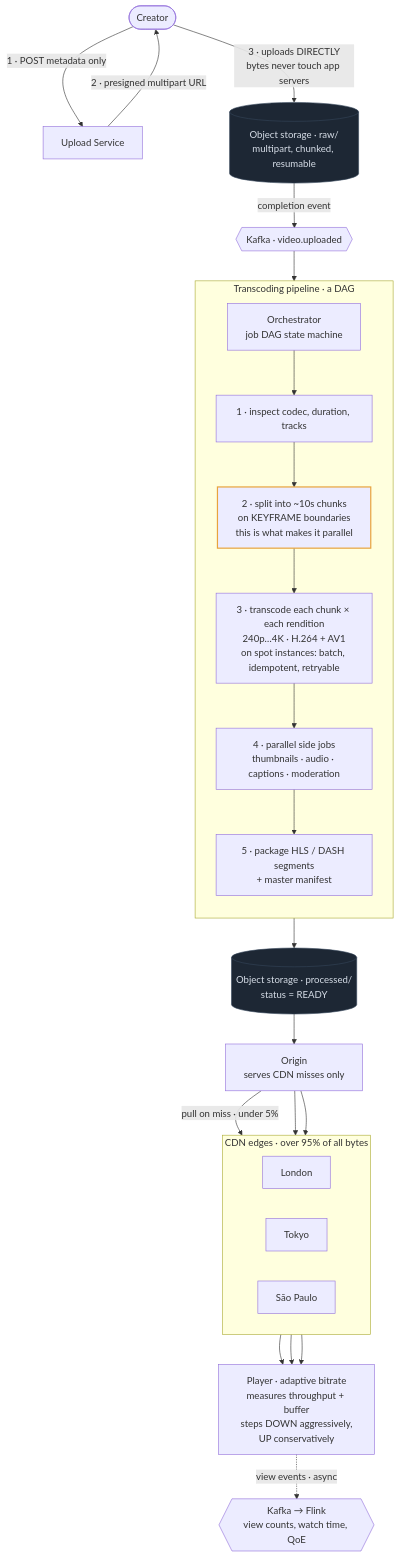
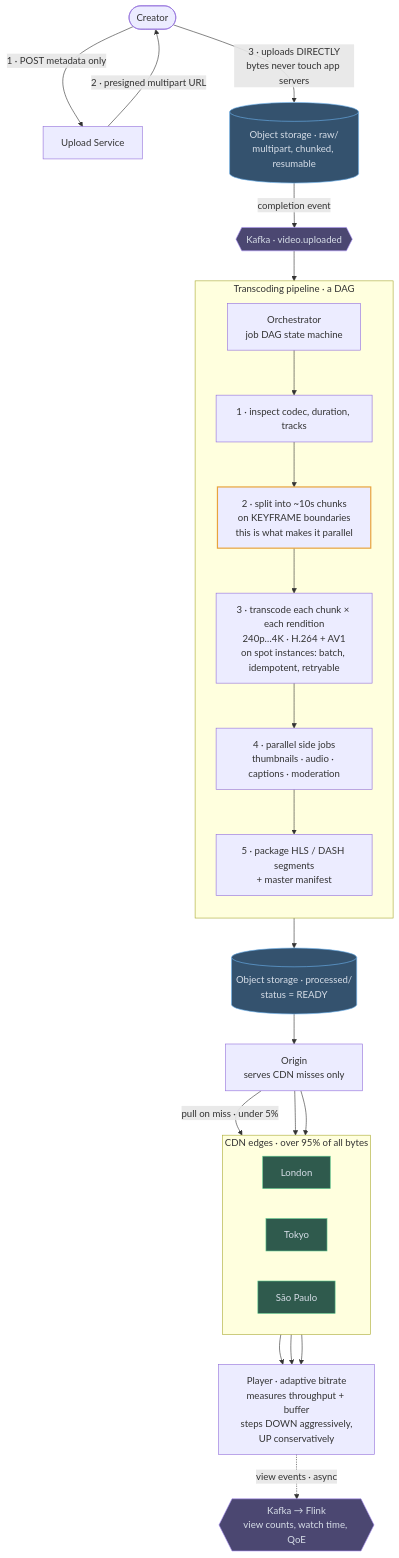
Before and after one commit to mertkahyaoglu/atlas: the diagram in content/designs/08-video-streaming.md, drawn with Mermaid. The commit also changed 16 other files, not shown here.

````diff
--- a/content/designs/08-video-streaming.md
+++ b/content/designs/08-video-streaming.md
@@ -116,52 +116,56 @@
 ```mermaid
 flowchart TB
     Creator([Creator]) -- "1 · POST metadata only" --> UploadSvc[Upload Service]
     UploadSvc -- "2 · presigned multipart URL" --> Creator
     Creator -- "3 · uploads DIRECTLY<br/>bytes never touch app servers" --> Raw
 
     Raw[("Object storage · raw/<br/>multipart, chunked, resumable")]
     Raw -- "completion event" --> Bus{{"Kafka · video.uploaded"}}
     Bus --> Orch
 
     subgraph PIPE ["Transcoding pipeline · a DAG"]
         direction TB
         Orch[Orchestrator<br/>job DAG state machine]
         Inspect["1 · inspect codec, duration, tracks"]
         Split["2 · split into ~10s chunks<br/>on KEYFRAME boundaries<br/>this is what makes it parallel"]
         Transcode["3 · transcode each chunk × each rendition<br/>240p…4K · H.264 + AV1<br/>on spot instances: batch, idempotent, retryable"]
         Side["4 · parallel side jobs<br/>thumbnails · audio · captions · moderation"]
         Package["5 · package HLS / DASH segments<br/>+ master manifest"]
         Orch --> Inspect --> Split --> Transcode --> Side --> Package
     end
 
     Package --> Processed[("Object storage · processed/<br/>status = READY")]
     Processed --> Origin[Origin<br/>serves CDN misses only]
 
     subgraph CDN ["CDN edges · over 95% of all bytes"]
         direction LR
         Edge1[London]
         Edge2[Tokyo]
         Edge3[São Paulo]
     end
 
     Origin -- "pull on miss · under 5%" --> Edge1
     Origin --> Edge2
     Origin --> Edge3
 
     Edge1 --> Player
     Edge2 --> Player
     Edge3 --> Player
 
     Player["Player · adaptive bitrate<br/>measures throughput + buffer<br/>steps DOWN aggressively,<br/>UP conservatively"]
     Player -. "view events · async" .-> Views{{"Kafka → Flink<br/>view counts, watch time, QoE"}}
 
-    classDef store fill:#1d2734,stroke:#35455a,color:#d7dee8
+    classDef store fill:#34526e,stroke:#6cb2ee,color:#d7dee8
+    classDef queue fill:#4b4771,stroke:#ad94f7,color:#d7dee8
+    classDef external fill:#2f5a4d,stroke:#5cc98f,color:#d7dee8
     classDef hot stroke:#e8a33d,stroke-width:2px
     class Raw,Processed store
     class Split hot
+    class Bus,Views queue
+    class Edge1,Edge2,Edge3 external
 
     click Raw href "/docs/09-specialized-building-blocks" "Role: receives original uploads directly, multipart and resumable.<br/>Trade-off: keeping originals costs storage, but allows re-transcoding later."
     click Bus href "/docs/05-async-messaging-and-event-driven" "Role: an upload event starts the transcoding pipeline asynchronously.<br/>Trade-off: a video isn't watchable until processing finishes."
     click Processed href "/docs/09-specialized-building-blocks" "Role: holds the renditions and segments the CDN pulls from.<br/>Trade-off: several copies per video multiply storage cost."
     click Views href "/docs/05-async-messaging-and-event-driven" "Role: counts views and playback quality without slowing playback.<br/>Trade-off: counts are approximate and arrive late."
 ```
````
